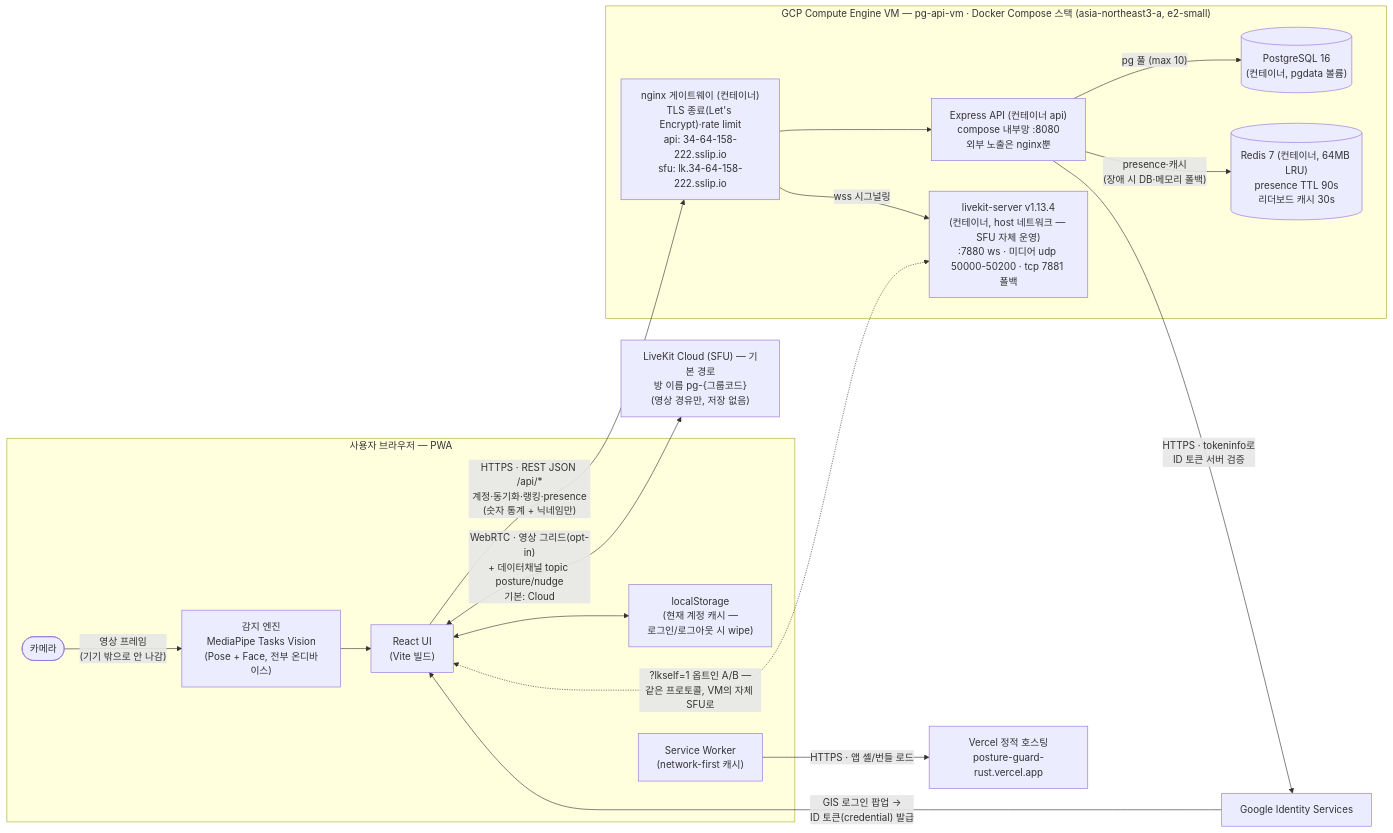
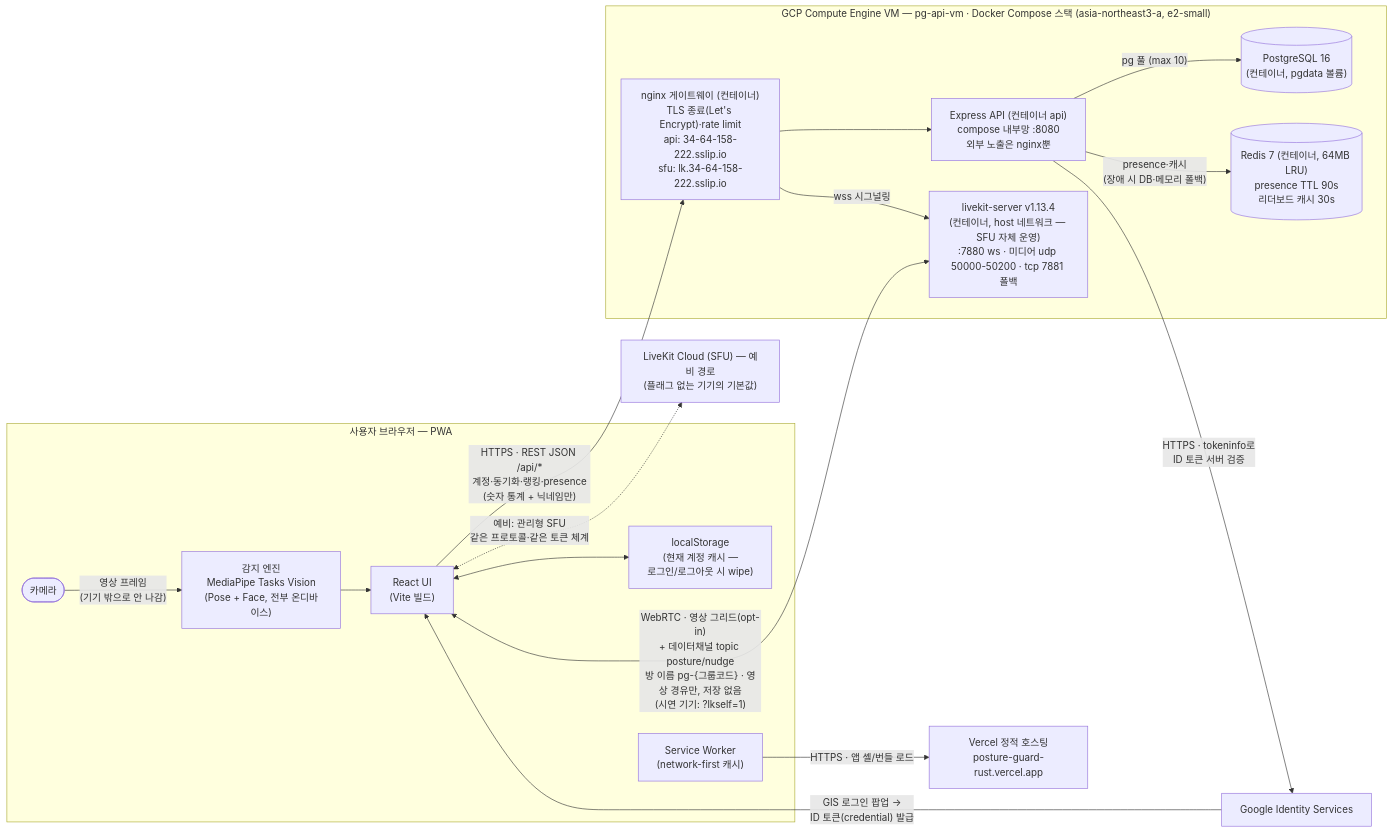
Before and after one commit to jungwon123/posture-guard: the first of 4 diagrams in docs/시스템-아키텍처.md, drawn with Mermaid. The commit also changed other lines of this file and 2 other files, not shown here.

Commit message:
docs: 발표 프레이밍 — LiveKit 셀프호스팅을 대표 경로로 (시연 기기 ?lkself=1, Cloud는 예비)

````diff
--- a/docs/시스템-아키텍처.md
+++ b/docs/시스템-아키텍처.md
@@ -11,38 +11,39 @@
 ```mermaid
 flowchart LR
   subgraph CLIENT["사용자 브라우저 — PWA"]
     UI["React UI<br/>(Vite 빌드)"]
     ENGINE["감지 엔진<br/>MediaPipe Tasks Vision<br/>(Pose + Face, 전부 온디바이스)"]
     LS["localStorage<br/>(현재 계정 캐시 —<br/>로그인/로그아웃 시 wipe)"]
     SW["Service Worker<br/>(network-first 캐시)"]
     CAM(["카메라"])
     CAM -- "영상 프레임<br/>(기기 밖으로 안 나감)" --> ENGINE
     ENGINE --> UI
     UI <--> LS
   end
 
   VERCEL["Vercel 정적 호스팅<br/>posture-guard-rust.vercel.app"]
   SW -- "HTTPS · 앱 셸/번들 로드" --> VERCEL
 
   subgraph GCP["GCP Compute Engine VM — pg-api-vm · Docker Compose 스택 (asia-northeast3-a, e2-small)"]
     NGINX["nginx 게이트웨이 (컨테이너)<br/>TLS 종료(Let's Encrypt)·rate limit<br/>api: 34-64-158-222.sslip.io<br/>sfu: lk.34-64-158-222.sslip.io"]
     API["Express API (컨테이너 api)<br/>compose 내부망 :8080<br/>외부 노출은 nginx뿐"]
     DB[("PostgreSQL 16<br/>(컨테이너, pgdata 볼륨)")]
     REDIS[("Redis 7 (컨테이너, 64MB LRU)<br/>presence TTL 90s<br/>리더보드 캐시 30s")]
     LKS["livekit-server v1.13.4<br/>(컨테이너, host 네트워크 — SFU 자체 운영)<br/>:7880 ws · 미디어 udp 50000-50200 · tcp 7881 폴백"]
     NGINX --> API
     NGINX -- "wss 시그널링" --> LKS
     API -- "pg 풀 (max 10)" --> DB
     API -- "presence·캐시<br/>(장애 시 DB·메모리 폴백)" --> REDIS
   end
 
   UI -- "HTTPS · REST JSON /api/*<br/>계정·동기화·랭킹·presence<br/>(숫자 통계 + 닉네임만)" --> NGINX
 
-  LK["LiveKit Cloud (SFU) — 기본 경로<br/>방 이름 pg-{그룹코드}<br/>(영상 경유만, 저장 없음)"]
-  UI <-->|"WebRTC · 영상 그리드(opt-in)<br/>+ 데이터채널 topic posture/nudge<br/>기본: Cloud"| LK
-  UI <-.->|"?lkself=1 옵트인 A/B —<br/>같은 프로토콜, VM의 자체 SFU로"| LKS
+  UI <-->|"WebRTC · 영상 그리드(opt-in)<br/>+ 데이터채널 topic posture/nudge<br/>방 이름 pg-{그룹코드} · 영상 경유만, 저장 없음<br/>(시연 기기: ?lkself=1)"| LKS
+
+  LK["LiveKit Cloud (SFU) — 예비 경로<br/>(플래그 없는 기기의 기본값)"]
+  UI <-.->|"예비: 관리형 SFU<br/>같은 프로토콜·같은 토큰 체계"| LK
 
   GOOGLE["Google Identity Services"]
   GOOGLE -- "GIS 로그인 팝업 →<br/>ID 토큰(credential) 발급" --> UI
   API -- "HTTPS · tokeninfo로<br/>ID 토큰 서버 검증" --> GOOGLE
 ```
````
